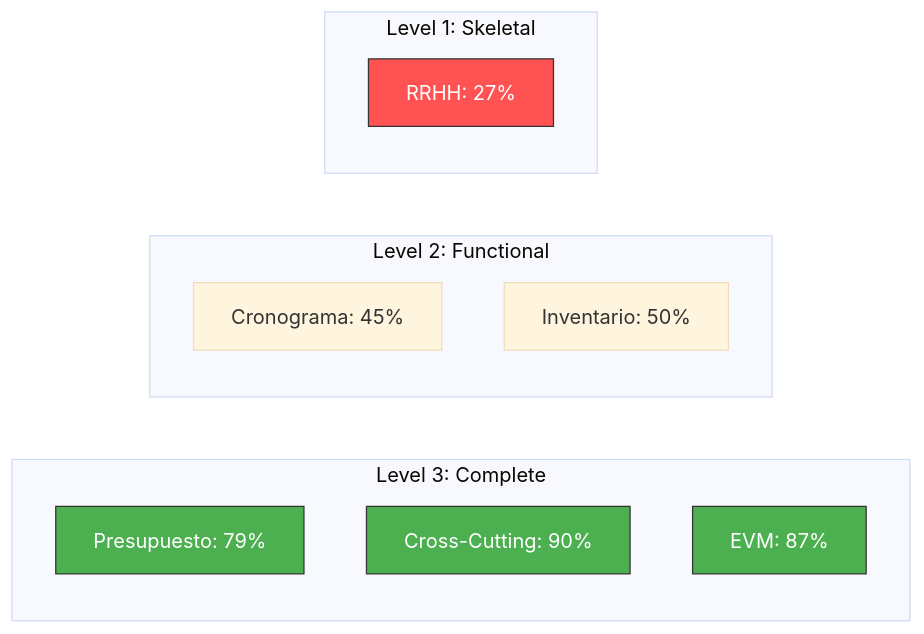
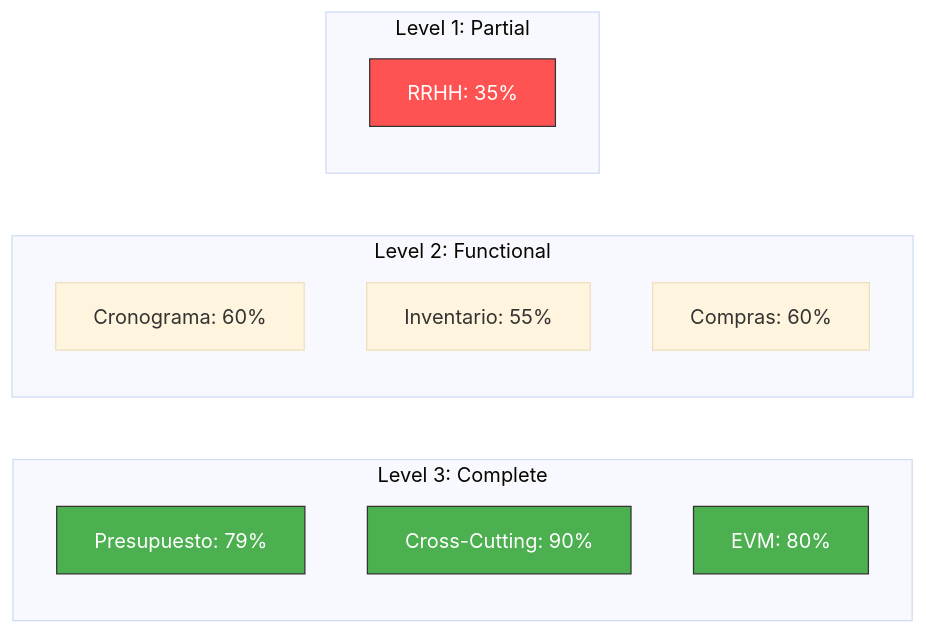
One commit to carleetho/budgetpro changed the diagram in docs/canonical/MATURITY_VISUALIZATION.md. Above: the diagram before and after it, drawn with Mermaid. The commit also changed other lines of this file and 17 other files, not shown here.

````diff
--- a/docs/canonical/MATURITY_VISUALIZATION.md
+++ b/docs/canonical/MATURITY_VISUALIZATION.md
@@ -19,23 +23,24 @@
 ```mermaid
 %%{init: {'theme':'base'}}%%
 graph LR
     subgraph "Level 3: Complete"
         P[Presupuesto: 79%]
         X[Cross-Cutting: 90%]
-        E[EVM: 87%]
+        E[EVM: 80%]
     end
 
     subgraph "Level 2: Functional"
-        C[Cronograma: 45%]
-        I[Inventario: 50%]
+        C[Cronograma: 60%]
+        I[Inventario: 55%]
+        Co[Compras: 60%]
     end
 
-    subgraph "Level 1: Skeletal"
-        R[RRHH: 27%]
+    subgraph "Level 1: Partial"
+        R[RRHH: 35%]
     end
 
     style P fill:#4caf50,stroke:#333,color:white
     style X fill:#4caf50,stroke:#333,color:white
     style E fill:#4caf50,stroke:#333,color:white
     style R fill:#ff5252,stroke:#333,color:white
 ```
````
